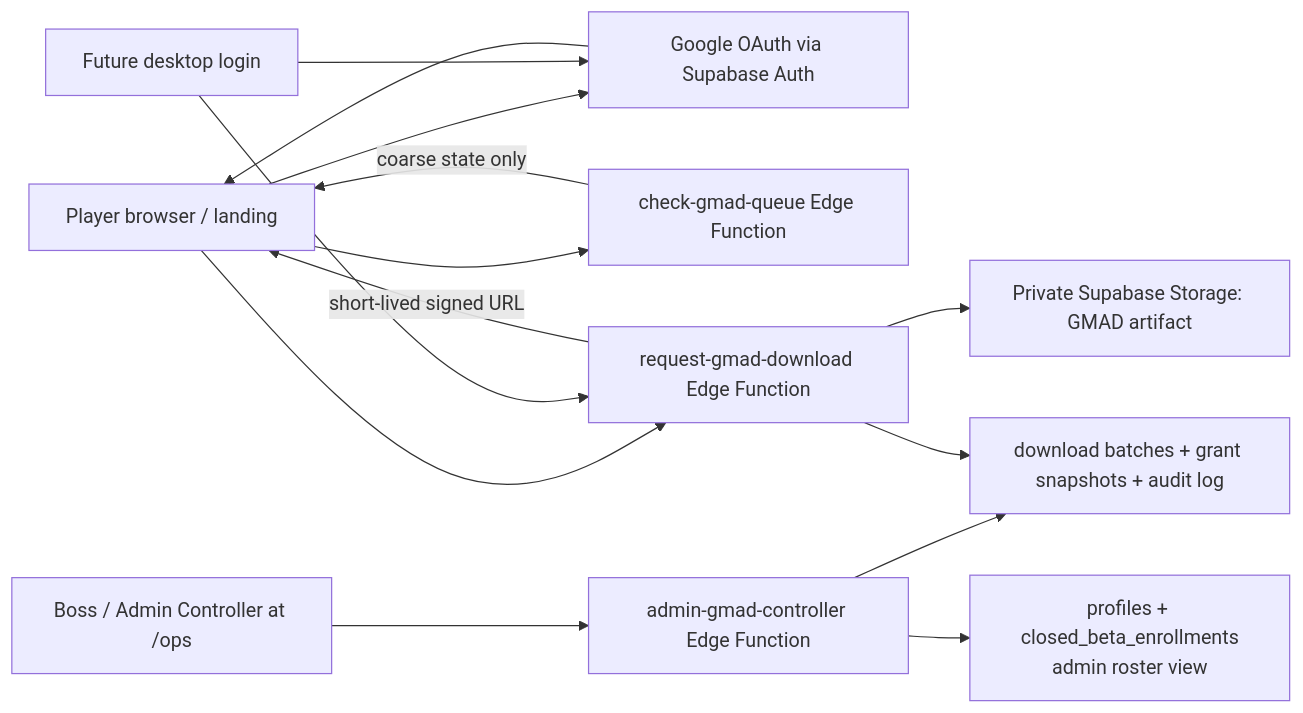
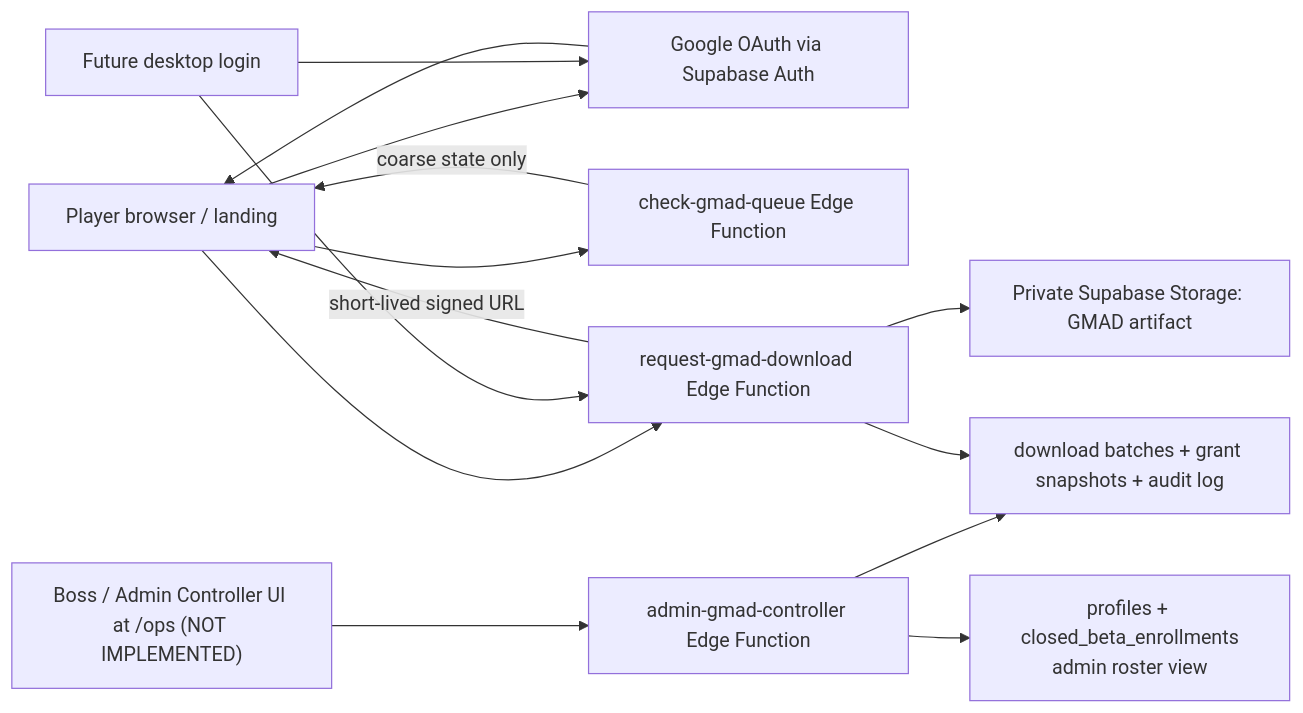
Before and after one commit to Freshair129/G-Maiden: the diagram in docs/change request/CR-016-gmad-beta-download-admin-controller.md, drawn with Mermaid. The commit also changed other lines of this file and 11 other files, not shown here.

````diff
--- a/docs/change request/CR-016-gmad-beta-download-admin-controller.md
+++ b/docs/change request/CR-016-gmad-beta-download-admin-controller.md
@@ -85,18 +85,18 @@
 ```mermaid
 flowchart LR
   P["Player browser / landing"] --> O["Google OAuth via Supabase Auth"]
   O --> P
   P --> Q["check-gmad-queue Edge Function"]
   Q -->|"coarse state only"| P
   P --> D["request-gmad-download Edge Function"]
   D -->|"short-lived signed URL"| P
 
-  B["Boss / Admin Controller at /ops"] --> A["admin-gmad-controller Edge Function"]
+  B["Boss / Admin Controller UI at /ops (NOT IMPLEMENTED)"] --> A["admin-gmad-controller Edge Function"]
   A --> R["profiles + closed_beta_enrollments\nadmin roster view"]
   A --> G["download batches + grant snapshots + audit log"]
   D --> G
   D --> S["Private Supabase Storage: GMAD artifact"]
 
   N["Future desktop login"] --> O
   N --> D
 ```
````
